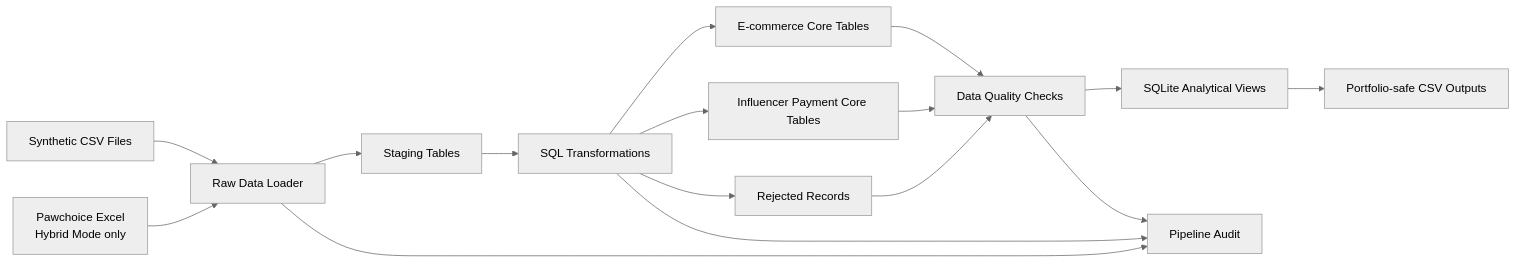
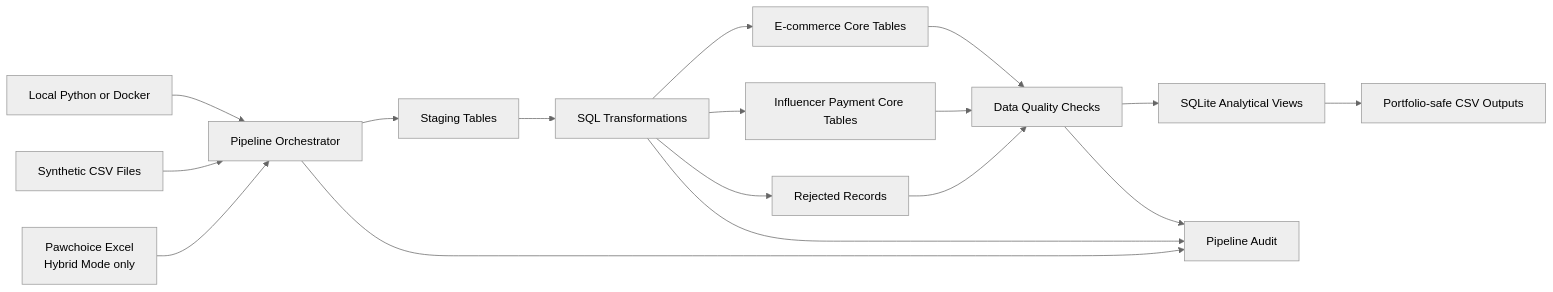
The diagram in README.md (bodinkc30-Pete/sql-ecommerce-data-engineering), drawn with Mermaid (neutral theme) before and after one commit. The commit also changed other lines of this file and 4 other files, not shown here.

````diff
--- a/README.md
+++ b/README.md
@@ -43,24 +46,26 @@
 ```mermaid
 flowchart LR
 
-    A1[Synthetic CSV Files] --> B[Raw Data Loader]
+    X[Local Python or Docker] --> B[Pipeline Orchestrator]
+
+    A1[Synthetic CSV Files] --> B
     A2[Pawchoice Excel<br/>Hybrid Mode only] --> B
 
-    B --> C1[Staging Tables]
-    C1 --> D[SQL Transformations]
+    B --> C[Staging Tables]
+    C --> D[SQL Transformations]
 
     D --> E1[E-commerce Core Tables]
     D --> E2[Influencer Payment Core Tables]
     D --> E3[Rejected Records]
 
     E1 --> F[Data Quality Checks]
     E2 --> F
     E3 --> F
 
     F --> G[SQLite Analytical Views]
     G --> H[Portfolio-safe CSV Outputs]
 
     B --> I[Pipeline Audit]
     D --> I
     F --> I
 ```
````
